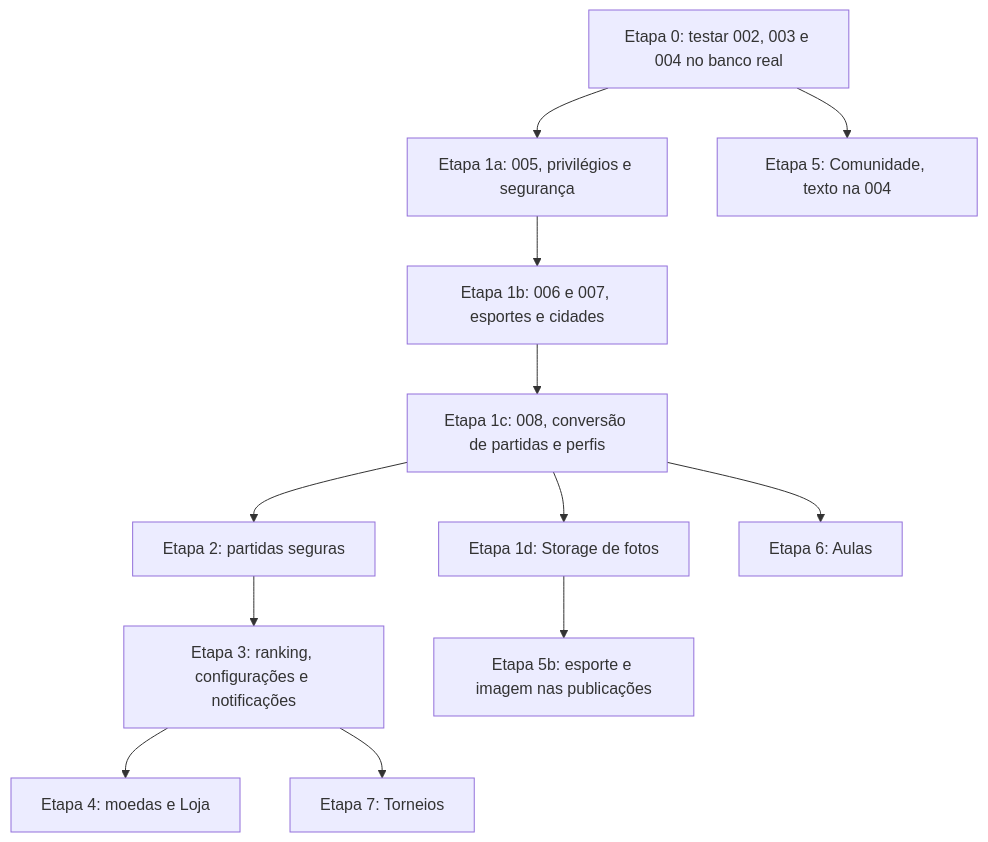
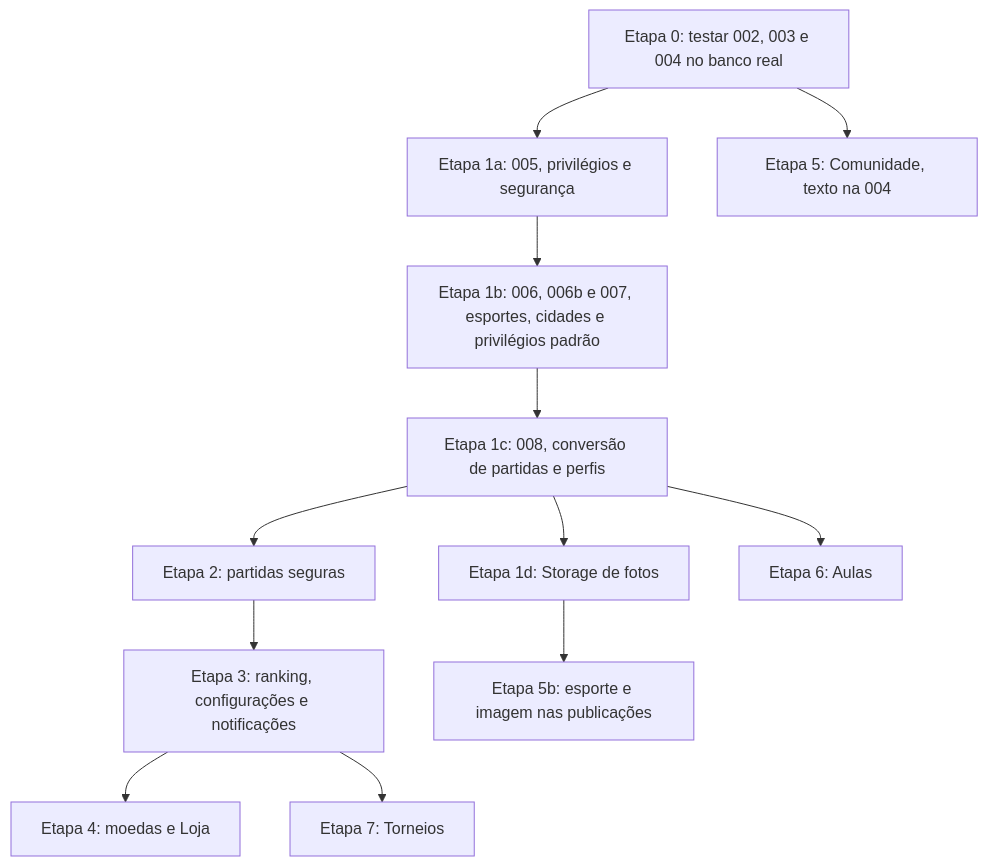
The second of 2 diagrams in docs/modelo-de-dados.md (jofino/Playnet), drawn with Mermaid before and after one commit. The commit also changed other lines of this file and 30 other files, not shown here.

````diff
--- a/docs/modelo-de-dados.md
+++ b/docs/modelo-de-dados.md
@@ -796,14 +798,14 @@
 ```mermaid
 flowchart TD
   E0["Etapa 0: testar 002, 003 e 004 no banco real"] --> E1A["Etapa 1a: 005, privilégios e segurança"]
-  E1A --> E1B["Etapa 1b: 006 e 007, esportes e cidades"]
+  E1A --> E1B["Etapa 1b: 006, 006b e 007, esportes, cidades e privilégios padrão"]
   E1B --> E1C["Etapa 1c: 008, conversão de partidas e perfis"]
   E1C --> E1D["Etapa 1d: Storage de fotos"]
   E1C --> E2["Etapa 2: partidas seguras"]
   E2 --> E3["Etapa 3: ranking, configurações e notificações"]
   E3 --> E4["Etapa 4: moedas e Loja"]
   E0 --> E5["Etapa 5: Comunidade, texto na 004"]
   E1D --> E5B["Etapa 5b: esporte e imagem nas publicações"]
   E1C --> E6["Etapa 6: Aulas"]
   E3 --> E7["Etapa 7: Torneios"]
 ```
````
